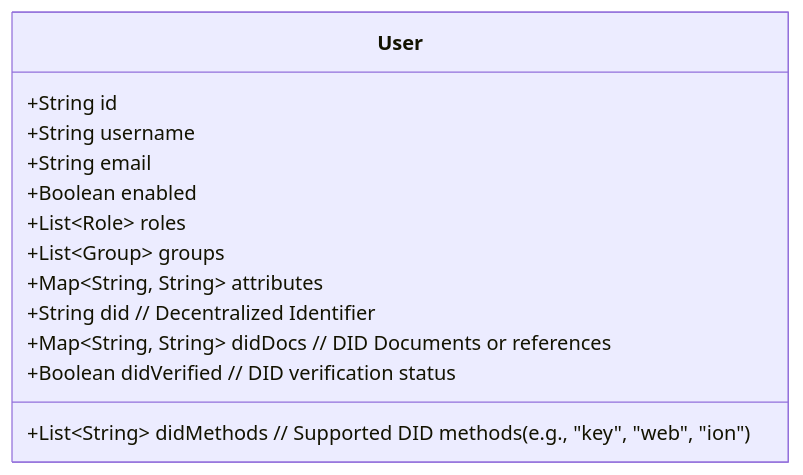
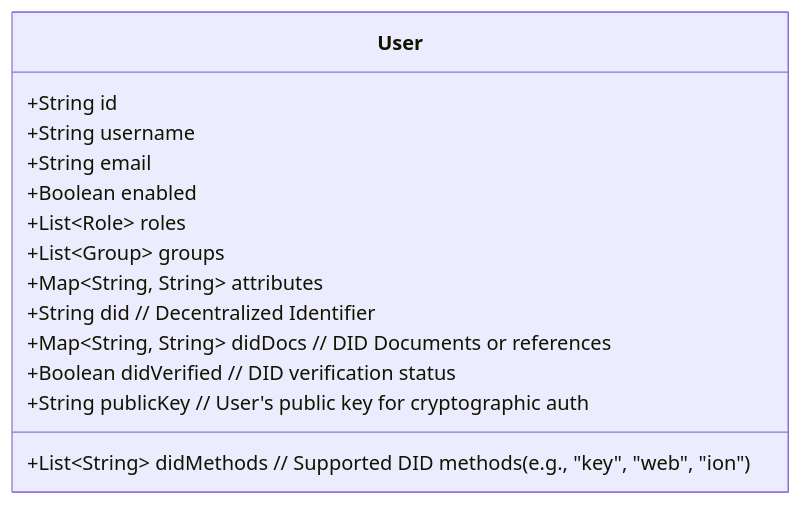
One commit to gitmujoshi/cms changed the fourth of 10 diagrams in iam-system/docs/DESIGN.md. Above: the diagram before and after it, drawn with Mermaid. The commit also changed other lines of this file, not shown here.

````diff
--- a/iam-system/docs/DESIGN.md
+++ b/iam-system/docs/DESIGN.md
@@ -108,16 +108,17 @@
 ```mermaid
 classDiagram
     class User {
         +String id
         +String username
         +String email
         +Boolean enabled
         +List~Role~ roles
         +List~Group~ groups
         +Map~String, String~ attributes
         +String did                    // Decentralized Identifier
         +List~String~ didMethods       // Supported DID methods (e.g., "key", "web", "ion")
         +Map~String, String~ didDocs   // DID Documents or references
         +Boolean didVerified           // DID verification status
+        +String publicKey              // User's public key for cryptographic auth
     }
 ```
````
